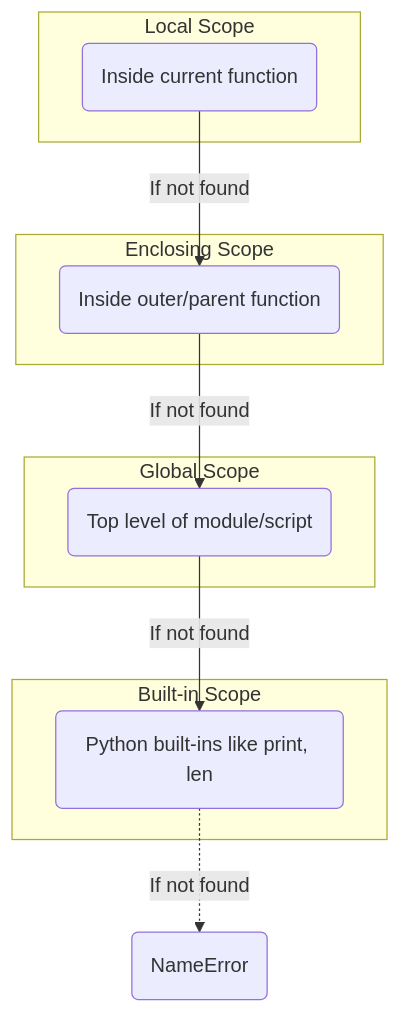
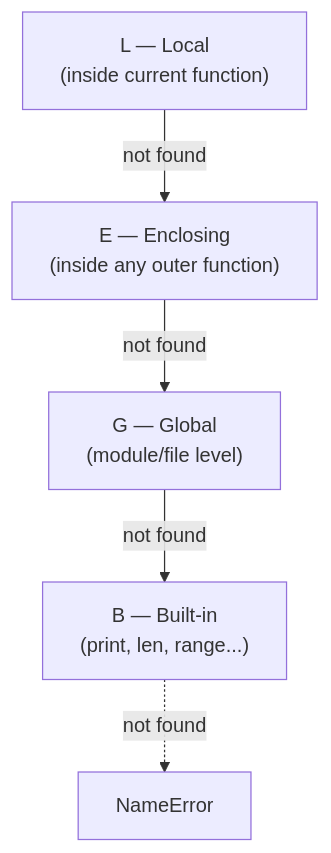
Before and after one commit to rajesh-kohli/Programming-Python-DSA: the diagram in 02_DSA_Mastery/06_Advanced_Functions_and_Scope/06_advanced_functions_and_scope.md, drawn with Mermaid. The commit also changed other lines of this file and 18 other files, not shown here.

````diff
--- a/02_DSA_Mastery/06_Advanced_Functions_and_Scope/06_advanced_functions_and_scope.md
+++ b/02_DSA_Mastery/06_Advanced_Functions_and_Scope/06_advanced_functions_and_scope.md
@@ -29,20 +173,13 @@
 ```mermaid
 graph TD
-    subgraph L [Local Scope]
-        A(Inside current function)
-    end
-    subgraph E [Enclosing Scope]
-        B(Inside outer/parent function)
-    end
-    subgraph G [Global Scope]
-        C(Top level of module/script)
-    end
-    subgraph B_in [Built-in Scope]
-        D(Python built-ins like print, len)
-    end
-    
-    A -->|If not found| B
-    B -->|If not found| C
-    C -->|If not found| D
-    D -.->|If not found| Error(NameError)
+    L["L — Local\n(inside current function)"]
+    E["E — Enclosing\n(inside any outer function)"]
+    G["G — Global\n(module/file level)"]
+    B["B — Built-in\n(print, len, range...)"]
+    Err["NameError"]
+
+    L -->|"not found"| E
+    E -->|"not found"| G
+    G -->|"not found"| B
+    B -.->|"not found"| Err
 ```
````
